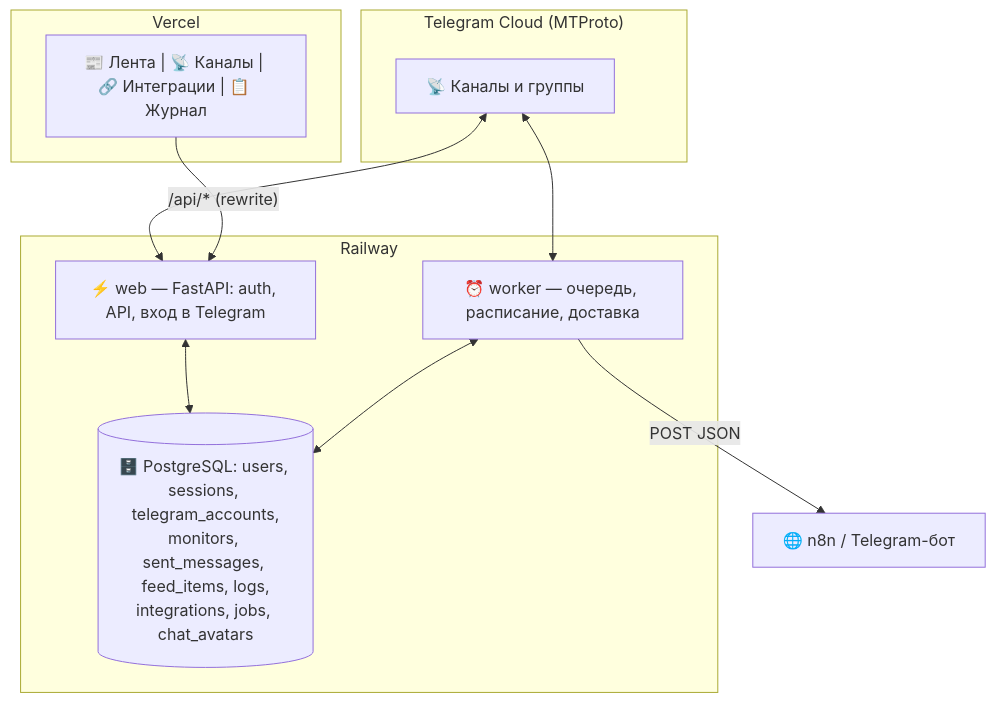
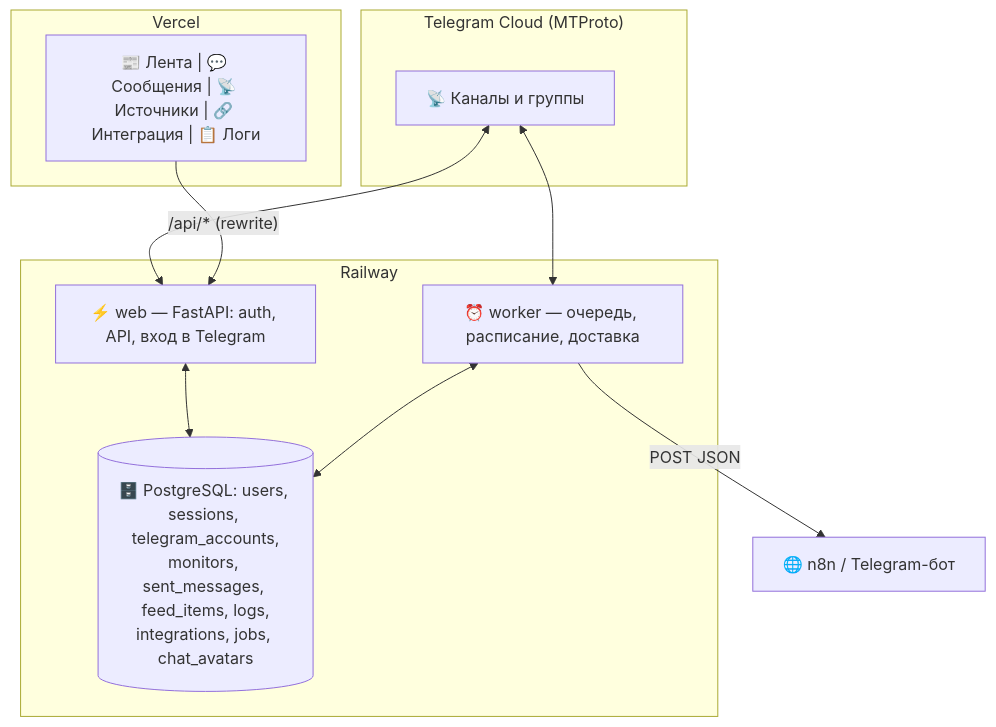
Before and after one commit to Asmadey/telegram-monitor-n8n-bridge: the diagram in README.md, drawn with Mermaid. The commit also changed other lines of this file and 4 other files, not shown here.

````diff
--- a/README.md
+++ b/README.md
@@ -68,25 +70,25 @@
 ```mermaid
 flowchart TD
     subgraph Telegram ["Telegram Cloud (MTProto)"]
         TG["📡 Каналы и группы"]
     end
 
     subgraph Railway ["Railway"]
         API["⚡ web — FastAPI: auth, API, вход в Telegram"]
         W["⏰ worker — очередь, расписание, доставка"]
         DB[("🗄️ PostgreSQL: users, sessions, telegram_accounts,\nmonitors, sent_messages, feed_items, logs,\nintegrations, jobs, chat_avatars")]
     end
 
     subgraph Vercel ["Vercel"]
-        UI["📰 Лента | 📡 Каналы | 🔗 Интеграции | 📋 Журнал"]
+        UI["📰 Лента | 💬 Сообщения | 📡 Источники | 🔗 Интеграция | 📋 Логи"]
     end
 
     N8N["🌐 n8n / Telegram-бот"]
 
     TG <--> W
     TG <--> API
     API <--> DB
     W <--> DB
     UI -->|"/api/* (rewrite)"| API
     W -->|POST JSON| N8N
 ```
````
